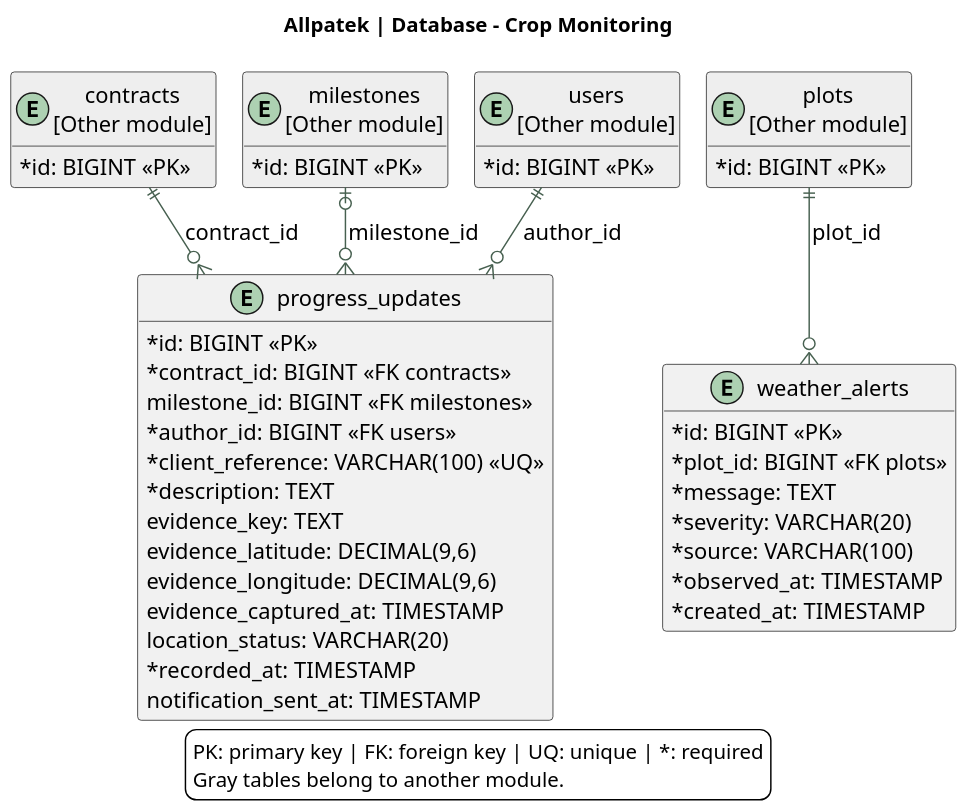
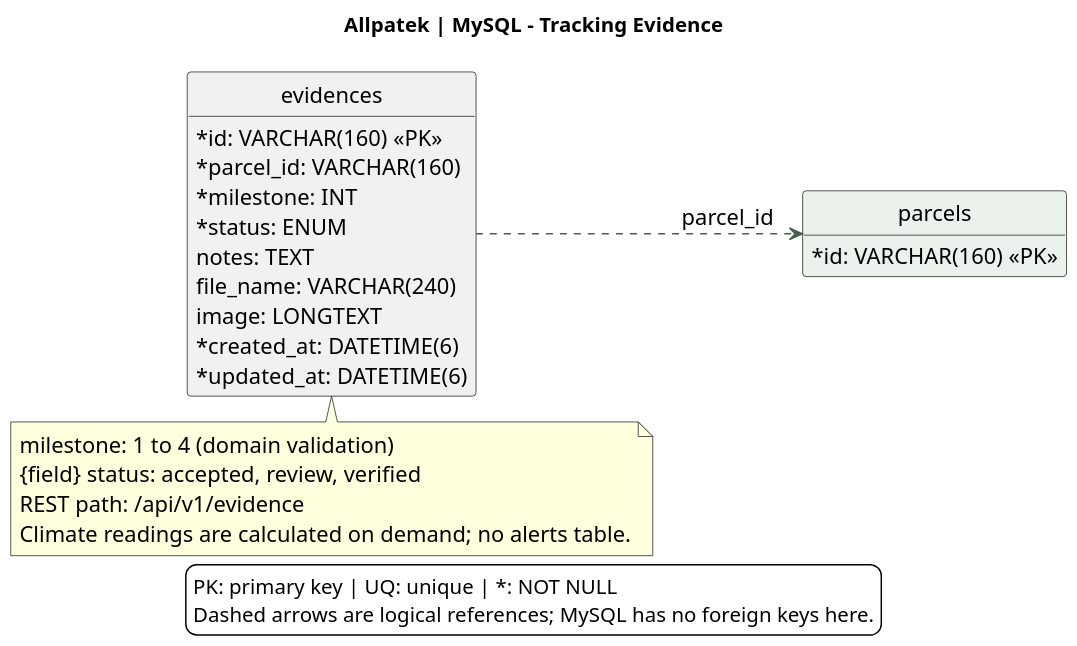
One commit to upc-pre-202620-1asi0729-7753-Terranova/allpatek-report changed the diagram in assets/chapter-04/architecture/17-database-monitoring.puml. Above: the diagram before and after it, drawn with PlantUML. The commit also changed 58 other files, not shown here.

Commit message:
docs(report): align architecture diagrams and flows with implementation

```diff
--- a/assets/chapter-04/architecture/17-database-monitoring.puml
+++ b/assets/chapter-04/architecture/17-database-monitoring.puml
@@ -1,57 +1,39 @@
 @startuml
 !pragma layout smetana
 skinparam backgroundColor white
 skinparam defaultFontName SansSerif
 skinparam defaultFontSize 15
 skinparam shadowing false
 skinparam classAttributeIconSize 0
 skinparam ArrowColor #476050
 skinparam dpi 140
-title Allpatek | Database - Crop Monitoring
-top to bottom direction
 hide methods
-entity "progress_updates" as progress_updates {
- {field} * id: BIGINT <<PK>>
- {field} * contract_id: BIGINT <<FK contracts>>
- {field} milestone_id: BIGINT <<FK milestones>>
- {field} * author_id: BIGINT <<FK users>>
- {field} * client_reference: VARCHAR(100) <<UQ>>
- {field} * description: TEXT
- {field} evidence_key: TEXT
- {field} evidence_latitude: DECIMAL(9,6)
- {field} evidence_longitude: DECIMAL(9,6)
- {field} evidence_captured_at: TIMESTAMP
- {field} location_status: VARCHAR(20)
- {field} * recorded_at: TIMESTAMP
- {field} notification_sent_at: TIMESTAMP
+hide circle
+title Allpatek | MySQL - Tracking Evidence
+left to right direction
+entity "evidences" as evidence {
+  {field} * id: VARCHAR(160) <<PK>>
+  {field} * parcel_id: VARCHAR(160)
+  {field} * milestone: INT
+  {field} * status: ENUM
+  {field} notes: TEXT
+  {field} file_name: VARCHAR(240)
+  {field} image: LONGTEXT
+  {field} * created_at: DATETIME(6)
+  {field} * updated_at: DATETIME(6)
 }
-entity "weather_alerts" as weather_alerts {
- {field} * id: BIGINT <<PK>>
- {field} * plot_id: BIGINT <<FK plots>>
- {field} * message: TEXT
- {field} * severity: VARCHAR(20)
- {field} * source: VARCHAR(100)
- {field} * observed_at: TIMESTAMP
- {field} * created_at: TIMESTAMP
+entity "parcels" as parcel #EAF2EB {
+  {field} * id: VARCHAR(160) <<PK>>
 }
-entity "contracts\n[Other module]" as contracts #EEEEEE {
- * id: BIGINT <<PK>>
-}
-entity "plots\n[Other module]" as plots #EEEEEE {
- * id: BIGINT <<PK>>
-}
-entity "milestones\n[Other module]" as milestones #EEEEEE {
- * id: BIGINT <<PK>>
-}
-entity "users\n[Other module]" as users #EEEEEE {
- * id: BIGINT <<PK>>
-}
-contracts ||--o{ progress_updates : contract_id
-milestones |o--o{ progress_updates : milestone_id
-users ||--o{ progress_updates : author_id
-plots ||--o{ weather_alerts : plot_id
+evidence ..> parcel : parcel_id
+note bottom of evidence
+  milestone: 1 to 4 (domain validation)
+  {field} status: accepted, review, verified
+  REST path: /api/v1/evidence
+  Climate readings are calculated on demand; no alerts table.
+end note
 legend bottom
-PK: primary key | FK: foreign key | UQ: unique | *: required
-Gray tables belong to another module.
+PK: primary key | UQ: unique | *: NOT NULL
+Dashed arrows are logical references; MySQL has no foreign keys here.
 endlegend
 @enduml
```
